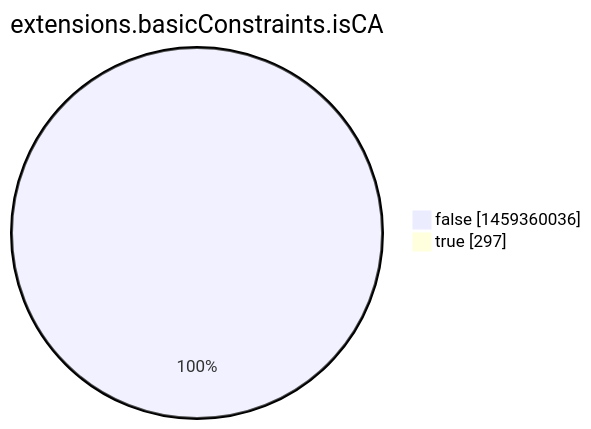
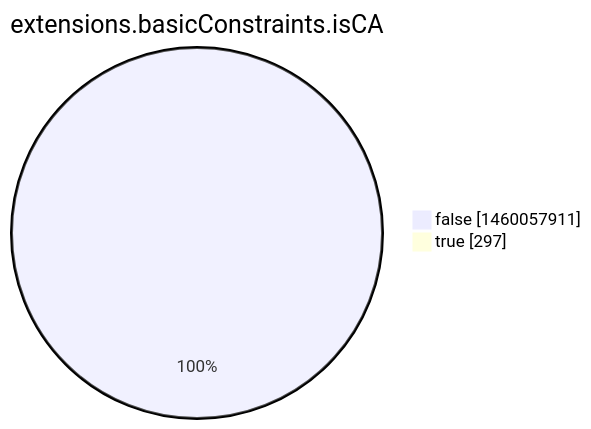
The eighth of 15 diagrams in argon2022/README.md (christiankrug/ctmonitor_visualization), drawn with Mermaid before and after one commit. The commit also changed other lines of this file, not shown here.

````diff
--- a/argon2022/README.md
+++ b/argon2022/README.md
@@ -2760,6 +2760,6 @@
 ```mermaid
 pie showData
 title extensions.basicConstraints.isCA
-"false" :1459360036
+"false" :1460057911
 "true" :297
 ```
````
